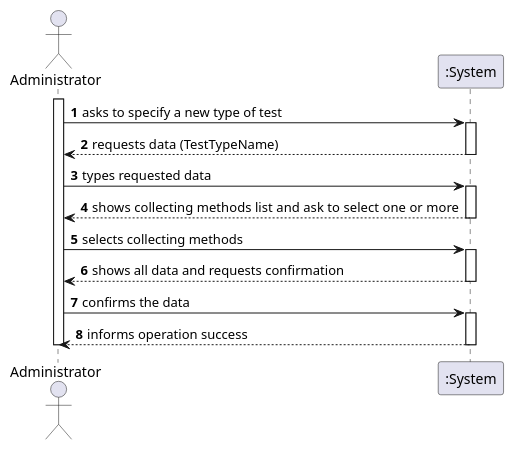
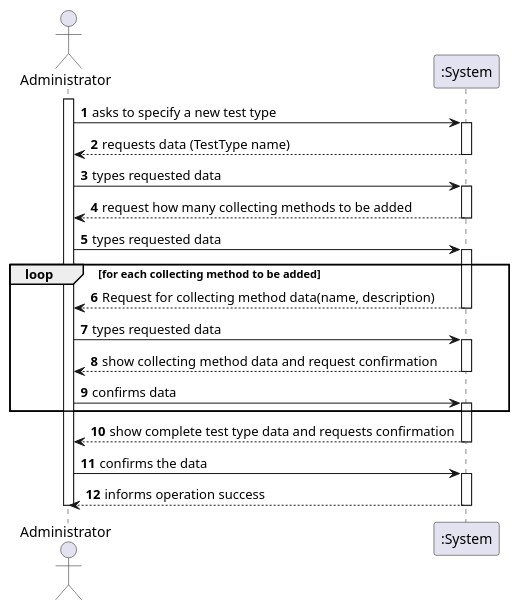
The diagram in docs/SprintB/US_9/US9_SSD.puml (ana-albergaria/LAPR2-ISEP), drawn with PlantUML before and after one commit. The commit also changed 2 other files, not shown here.

```diff
--- a/docs/SprintB/US_9/US9_SSD.puml
+++ b/docs/SprintB/US_9/US9_SSD.puml
@@ -1,28 +1,37 @@
 @startuml
 autonumber
 actor Administrator as A
 
 activate A
-A -> ":System" : asks to specify a new type of test
+A -> ":System" : asks to specify a new test type
 activate ":System"
-":System" --> A : requests data (TestTypeName)
+":System" --> A : requests data (TestType name)
 deactivate ":System"
-
 A -> ":System" : types requested data
 activate ":System"
-":System" --> A : shows collecting methods list and  ask to select one or more
+":System" --> A : request how many collecting methods to be added
 deactivate ":System"
+A -> ":System" : types requested data
+activate ":System"
 
-A -> ":System" : selects collecting methods
+loop for each collecting method to be added
+":System" --> A : Request for collecting method data(name, description)
+deactivate ":System"
+A -> ":System" : types requested data
 activate ":System"
-":System" --> A : shows all data and requests confirmation
+":System" --> A : show collecting method data and request confirmation
 deactivate ":System"
+A -> ":System" : confirms data
+activate ":System"
+end
 
+":System" --> A : show complete test type data and requests confirmation
+deactivate ":System"
 A -> ":System" : confirms the data
 activate ":System"
 ":System" --> A : informs operation success
 deactivate ":System"
 
 deactivate A
 
 @enduml
```
